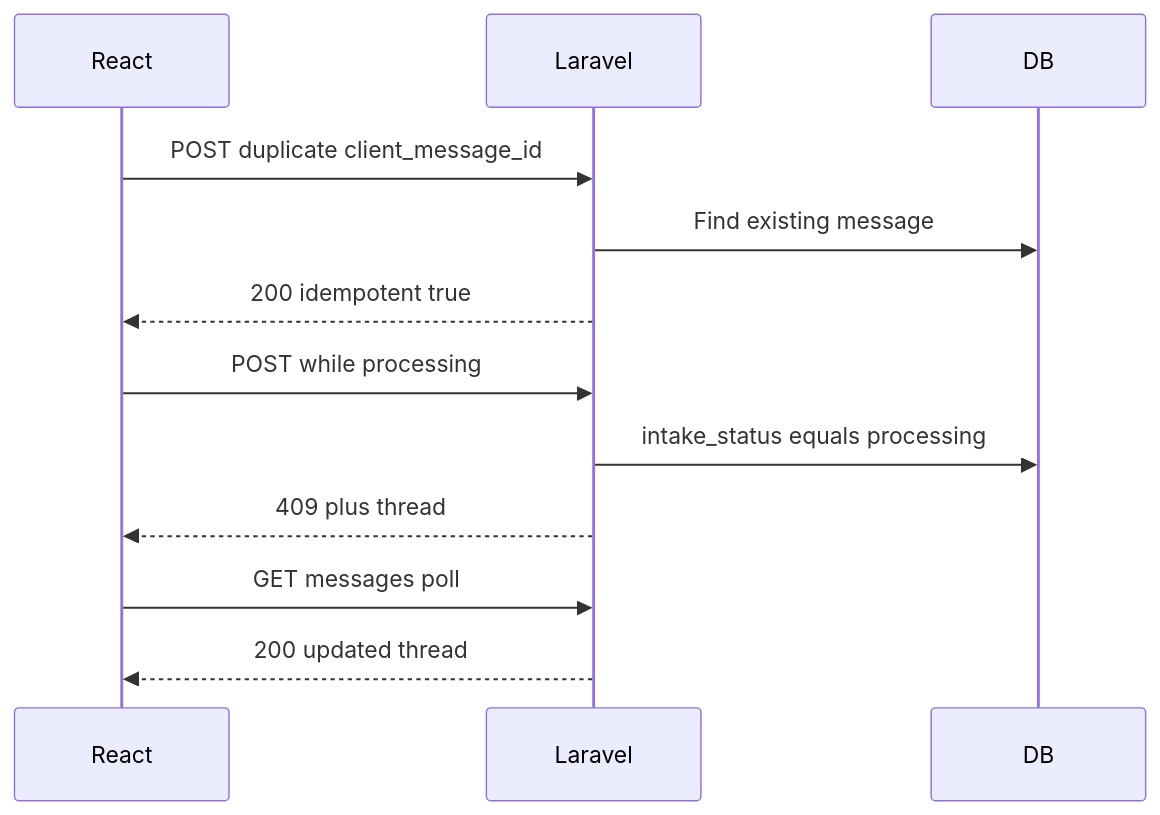
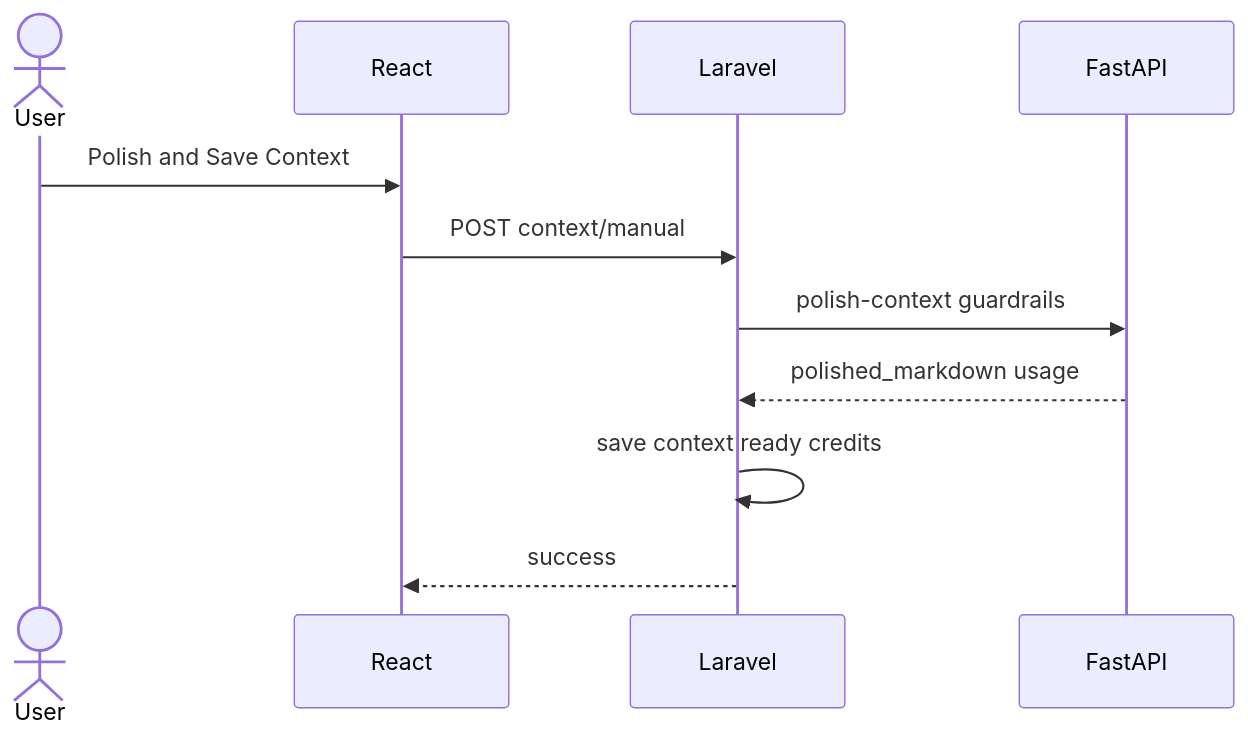
The fifth of 5 diagrams in docs/v0.2/v0.2.1/use-cases/uc-001-flexible-brief-intake.md (MohamedThabt/sirius), drawn with Mermaid before and after one commit. The commit also changed other lines of this file and 1 other file, not shown here.

First line of the commit message:
feat: add DB migration plan for Project Intake context

````diff
--- a/docs/v0.2/v0.2.1/use-cases/uc-001-flexible-brief-intake.md
+++ b/docs/v0.2/v0.2.1/use-cases/uc-001-flexible-brief-intake.md
@@ -718,16 +782,14 @@
 ```mermaid
 sequenceDiagram
+    actor User
     participant React
     participant Laravel
-    participant DB
+    participant FastAPI
 
-  React->>Laravel: POST duplicate client_message_id
-    Laravel->>DB: Find existing message
-    Laravel-->>React: 200 idempotent true
-
-    React->>Laravel: POST while processing
-    Laravel->>DB: intake_status equals processing
-    Laravel-->>React: 409 plus thread
-    React->>Laravel: GET messages poll
-    Laravel-->>React: 200 updated thread
+    User->>React: Polish and Save Context
+    React->>Laravel: POST context/manual
+    Laravel->>FastAPI: polish-context guardrails
+    FastAPI-->>Laravel: polished_markdown usage
+    Laravel->>Laravel: save context ready credits
+    Laravel-->>React: success
 ```
````
